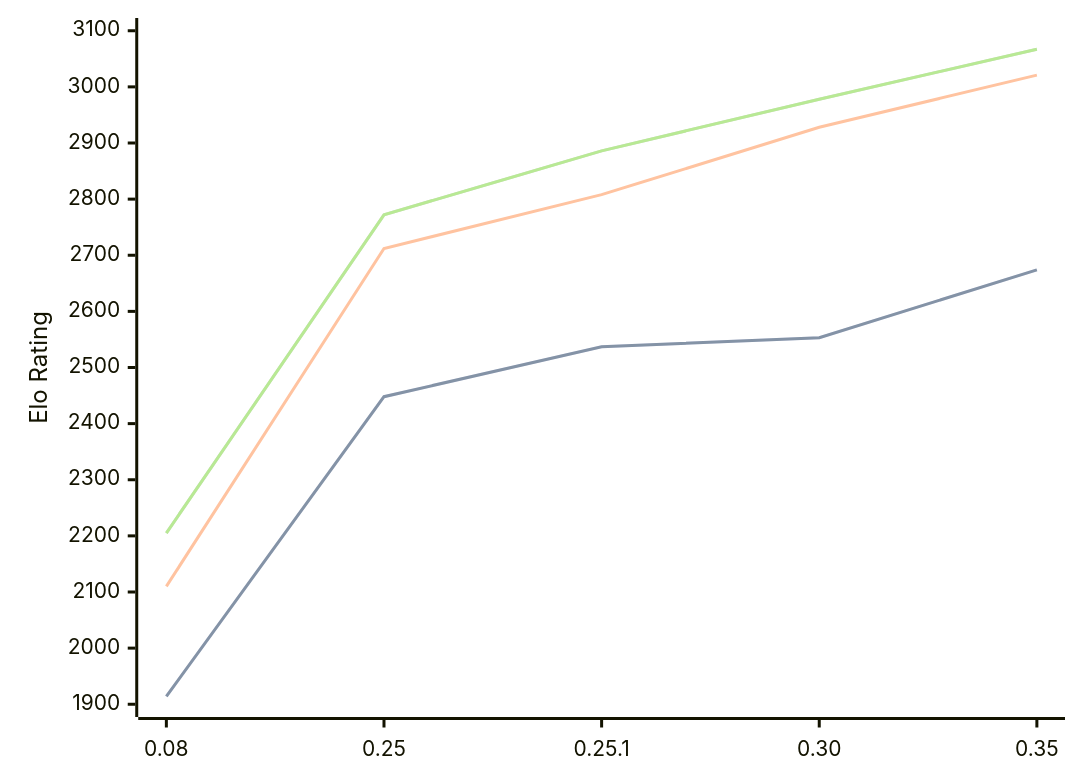
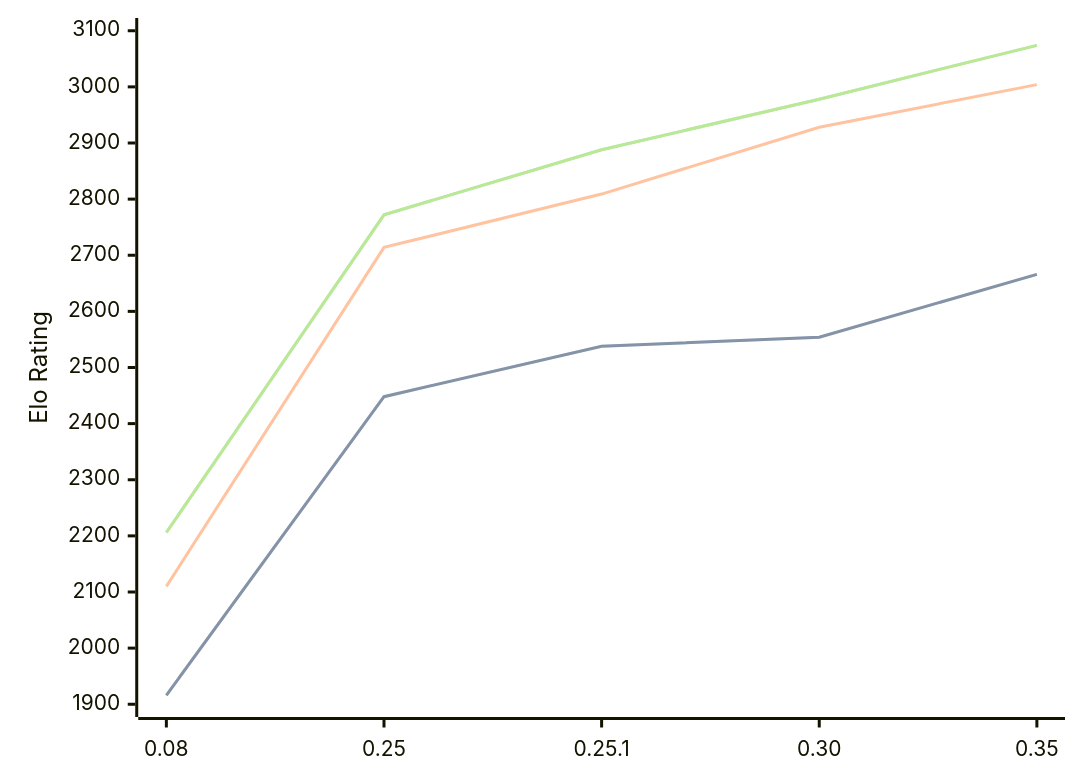
One commit to computer-chess-index/cci changed the diagram in engines/Gecko.md. Above: the diagram before and after it, drawn with Mermaid. The commit also changed other lines of this file, not shown here.

Commit message:
Update CCI Ratings (ELO VLTC) - 2026-05-17

````diff
--- a/engines/Gecko.md
+++ b/engines/Gecko.md
@@ -35,11 +35,11 @@
 ```mermaid
 %%{init: {"theme":"base","themeVariables":{"seriesColors:['#a3a3a3','#222221','#faa371']}}}%%
 xychart-beta
   x-axis ["0.08", "0.25", "0.25.1", "0.30", "0.35"]
   y-axis "Elo Rating" 1900 --> 3100
-  line "STC (8.0+0.08s)" [1914, 2448, 2537, 2553, 2674]
-  line "STC (8.0+0.08s)" [1914, 2448, 2537, 2553, 2674]
-  line "LTC (60.0+0.60s)" [2110, 2712, 2808, 2928, 3021]
-  line "VLTC (2m24s+1.12s)" [2205, 2772, 2886, 2978, 3067]
-  line "VLTC (2m24s+1.12s)" [2205, 2772, 2886, 2978, 3067]
+  line "STC (8.0+0.08s)" [1916, 2448, 2538, 2554, 2666]
+  line "STC (8.0+0.08s)" [1916, 2448, 2538, 2554, 2666]
+  line "LTC (60.0+0.60s)" [2110, 2714, 2809, 2928, 3004]
+  line "VLTC (2m24s+1.12s)" [2206, 2772, 2888, 2978, 3074]
+  line "VLTC (2m24s+1.12s)" [2206, 2772, 2888, 2978, 3074]
 ```
````
